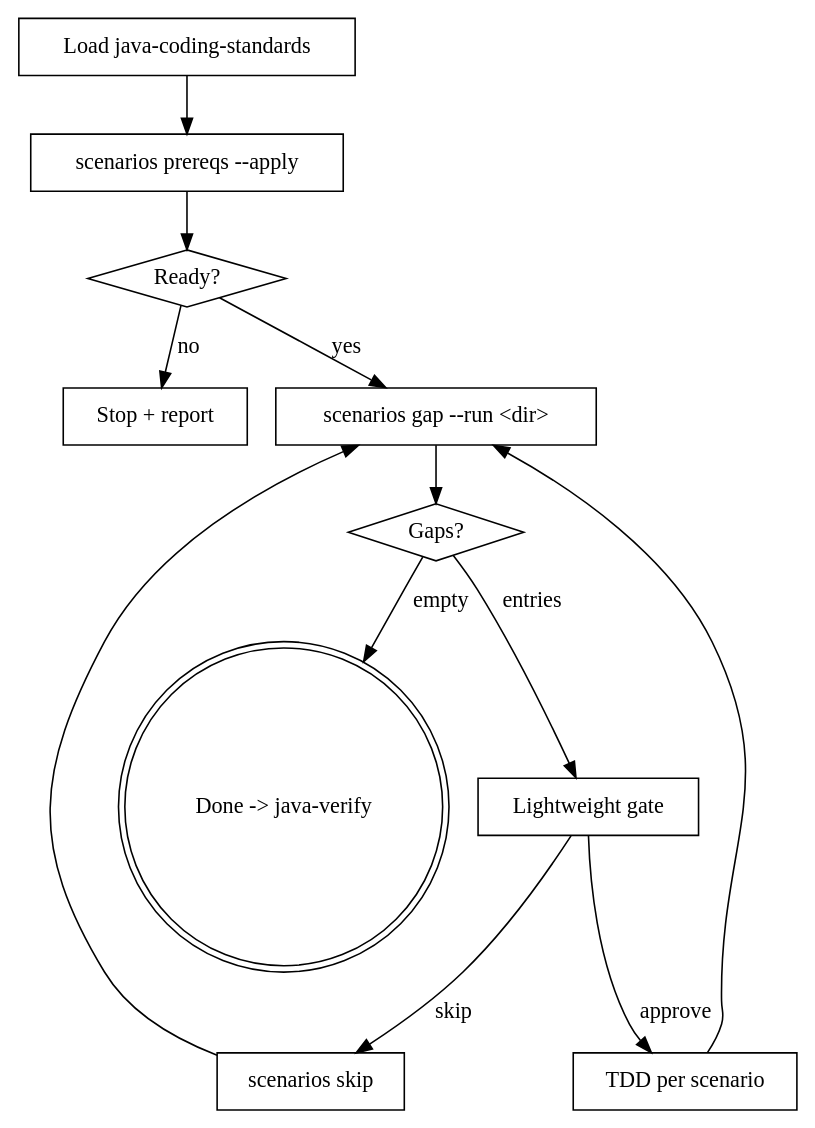
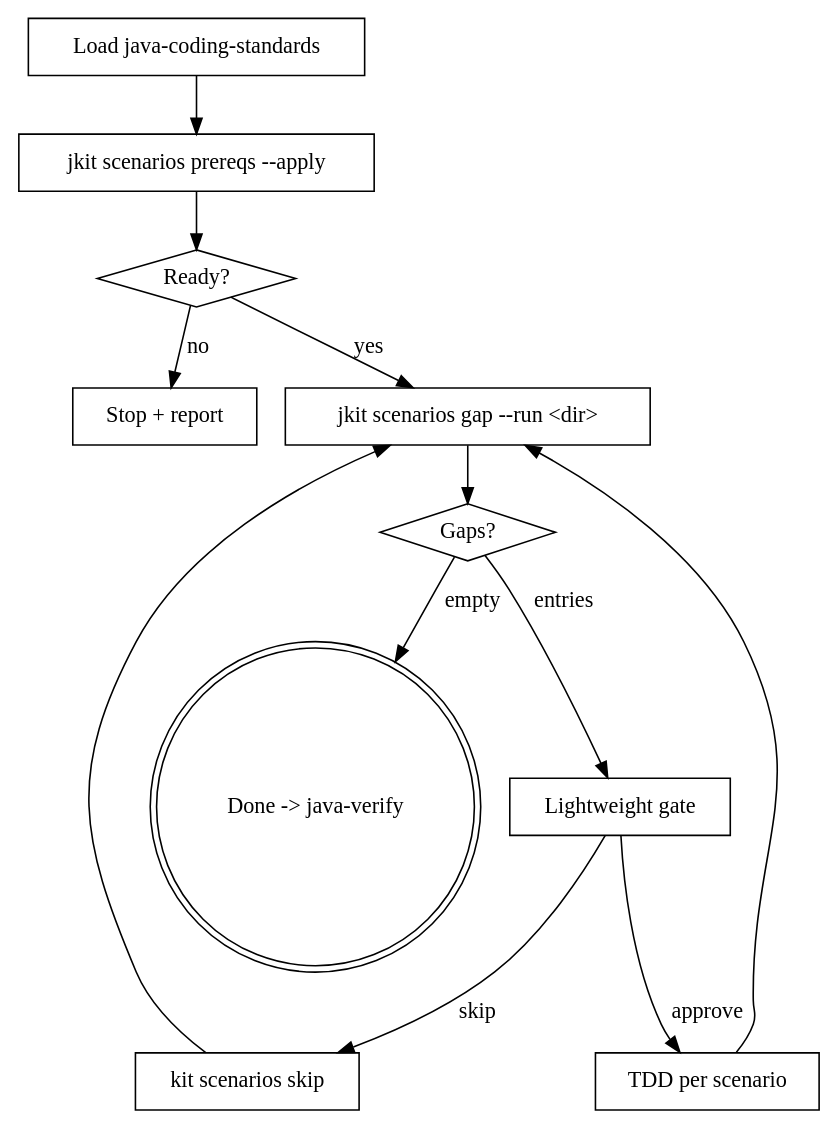
Before and after one commit to honghaowuu/jkit: the diagram in skills/scenario-tdd/SKILL.md, drawn with Graphviz. The commit also changed other lines of this file and 15 other files, not shown here.

````diff
--- a/skills/scenario-tdd/SKILL.md
+++ b/skills/scenario-tdd/SKILL.md
@@ -33,26 +33,26 @@
 ```dot
 digraph scenario_tdd {
     "Load java-coding-standards" [shape=box];
-    "scenarios prereqs --apply" [shape=box];
+    "jkit scenarios prereqs --apply" [shape=box];
     "Ready?" [shape=diamond];
     "Stop + report" [shape=box];
-    "scenarios gap --run <dir>" [shape=box];
+    "jkit scenarios gap --run <dir>" [shape=box];
     "Gaps?" [shape=diamond];
     "Done -> java-verify" [shape=doublecircle];
     "Lightweight gate" [shape=box];
-    "scenarios skip" [shape=box];
+    "kit scenarios skip" [shape=box];
     "TDD per scenario" [shape=box];
 
-    "Load java-coding-standards" -> "scenarios prereqs --apply";
-    "scenarios prereqs --apply" -> "Ready?";
-    "Ready?" -> "scenarios gap --run <dir>" [label="yes"];
+    "Load java-coding-standards" -> "jkit scenarios prereqs --apply";
+    "jkit scenarios prereqs --apply" -> "Ready?";
+    "Ready?" -> "jkit scenarios gap --run <dir>" [label="yes"];
     "Ready?" -> "Stop + report" [label="no"];
-    "scenarios gap --run <dir>" -> "Gaps?";
+    "jkit scenarios gap --run <dir>" -> "Gaps?";
     "Gaps?" -> "Done -> java-verify" [label="empty"];
     "Gaps?" -> "Lightweight gate" [label="entries"];
     "Lightweight gate" -> "TDD per scenario" [label="approve"];
-    "Lightweight gate" -> "scenarios skip" [label="skip"];
-    "scenarios skip" -> "scenarios gap --run <dir>";
-    "TDD per scenario" -> "scenarios gap --run <dir>";
+    "Lightweight gate" -> "kit scenarios skip" [label="skip"];
+    "kit scenarios skip" -> "jkit scenarios gap --run <dir>";
+    "TDD per scenario" -> "jkit scenarios gap --run <dir>";
 }
 ```
````
